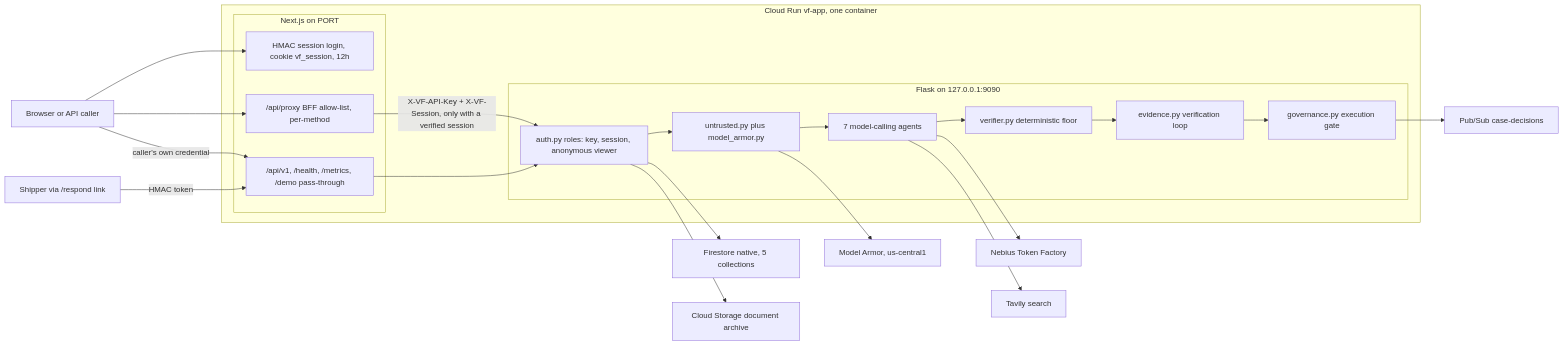
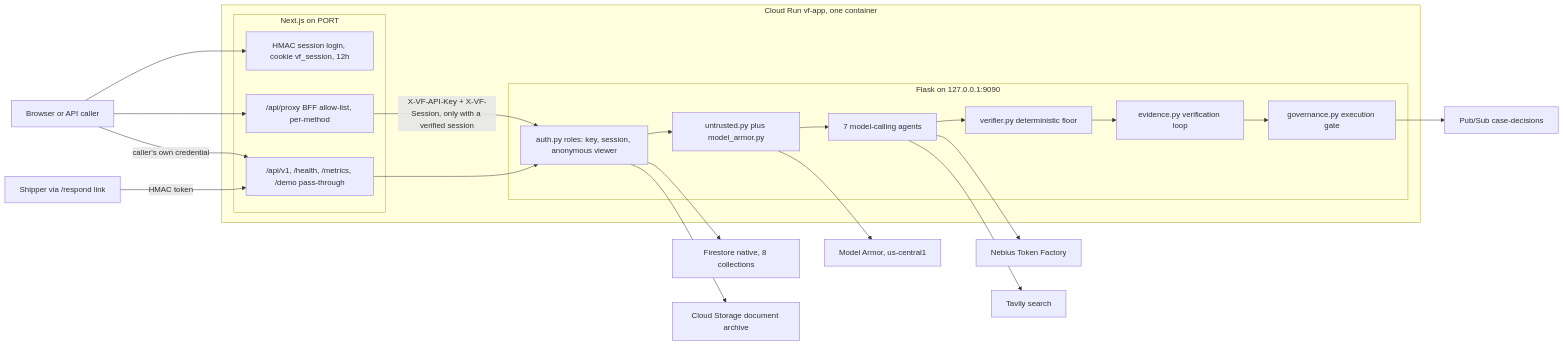
Before and after one commit to hoachauphuoc/vf-logistics-nebius-nvidia: the first of 4 diagrams in docs/ARCHITECTURE.md, drawn with Mermaid. The commit also changed other lines of this file and 10 other files, not shown here.

````diff
--- a/docs/ARCHITECTURE.md
+++ b/docs/ARCHITECTURE.md
@@ -34,45 +34,45 @@
 ```mermaid
 flowchart LR
     Browser["Browser or API caller"]
 
     subgraph app [Cloud Run vf-app, one container]
         subgraph next [Next.js on PORT]
             Login["HMAC session login, cookie vf_session, 12h"]
             Proxy["/api/proxy BFF allow-list, per-method"]
             Pass["/api/v1, /health, /metrics, /demo pass-through"]
         end
         subgraph flask [Flask on 127.0.0.1:9090]
             Auth["auth.py roles: key, session, anonymous viewer"]
             Gate["untrusted.py plus model_armor.py"]
             Agents["7 model-calling agents"]
             Verifier["verifier.py deterministic floor"]
             Evidence["evidence.py verification loop"]
             Governance["governance.py execution gate"]
         end
     end
 
     Nebius["Nebius Token Factory"]
     Tavily["Tavily search"]
     Armor["Model Armor, us-central1"]
-    FS["Firestore native, 5 collections"]
+    FS["Firestore native, 8 collections"]
     GCS["Cloud Storage document archive"]
     PS["Pub/Sub case-decisions"]
 
     Browser --> Login
     Browser --> Proxy
     Browser -->|"caller's own credential"| Pass
     Shipper["Shipper via /respond link"] -->|"HMAC token"| Pass
     Proxy -->|"X-VF-API-Key + X-VF-Session, only with a verified session"| Auth
     Pass --> Auth
     Auth --> Gate
     Gate --> Armor
     Gate --> Agents
     Agents --> Nebius
     Agents --> Tavily
     Agents --> Verifier
     Verifier --> Evidence
     Evidence --> Governance
     Governance --> PS
     Auth --> FS
     Auth --> GCS
 ```
````
